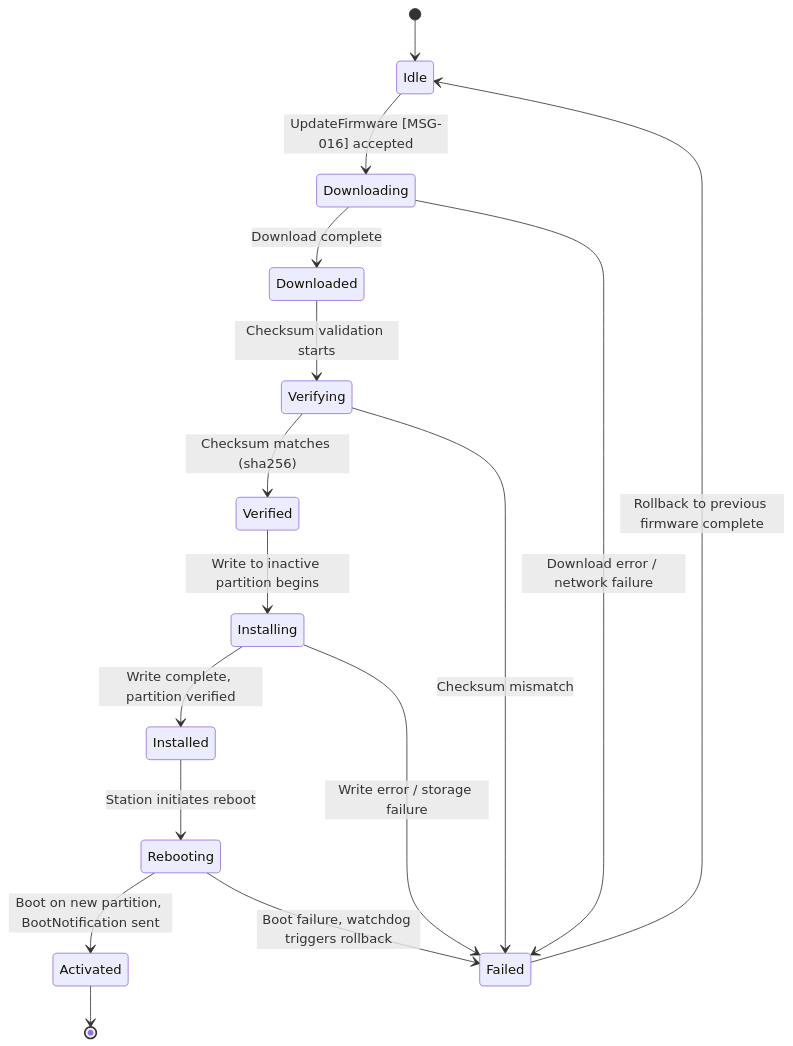
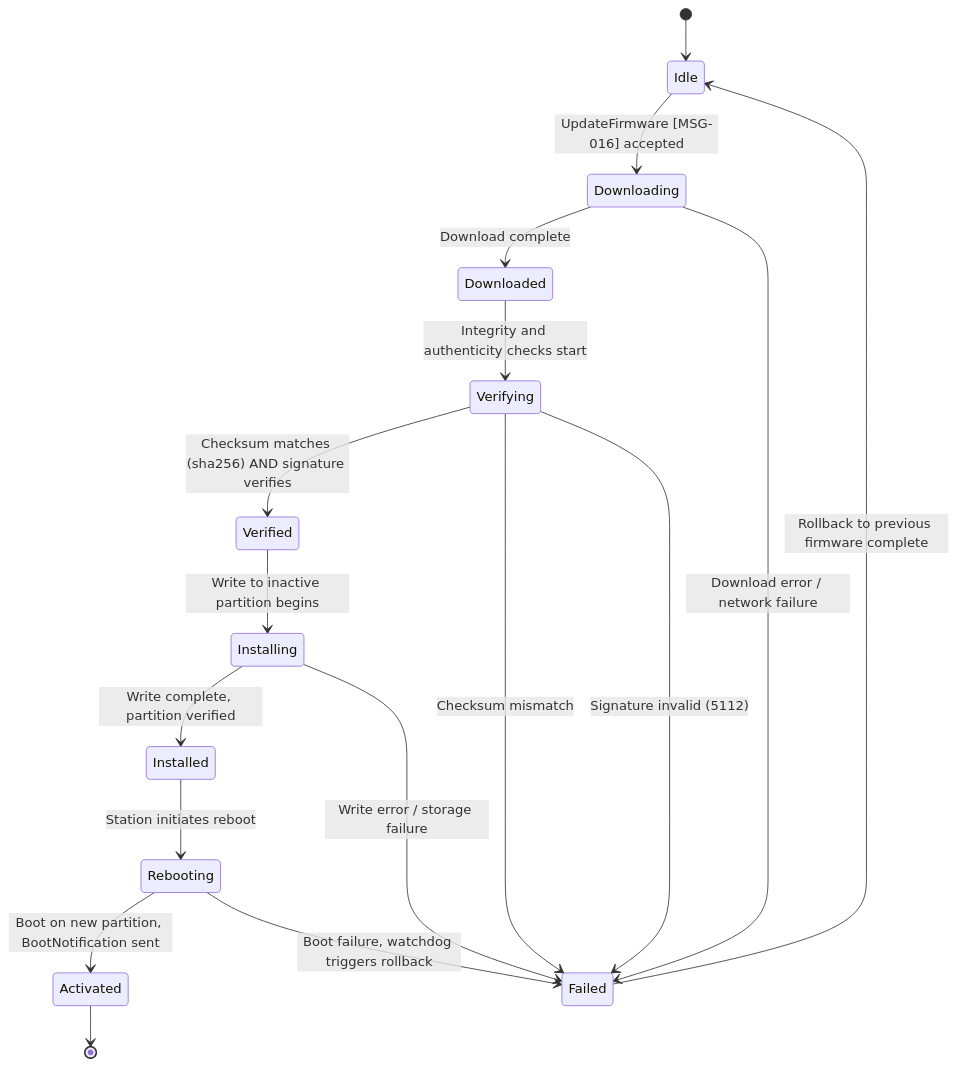
One commit to ospp-org/spec changed the sixth of 6 diagrams in spec/05-state-machines.md. Above: the diagram before and after it, drawn with Mermaid. The commit also changed other lines of this file and 2 other files, not shown here.

````diff
--- a/spec/05-state-machines.md
+++ b/spec/05-state-machines.md
@@ -607,25 +607,26 @@
 ```mermaid
 stateDiagram-v2
     [*] --> Idle
 
     Idle --> Downloading : UpdateFirmware [MSG-016] accepted
 
     Downloading --> Downloaded : Download complete
     Downloading --> Failed : Download error / network failure
 
-    Downloaded --> Verifying : Checksum validation starts
-    Verifying --> Verified : Checksum matches (sha256)
+    Downloaded --> Verifying : Integrity and authenticity checks start
+    Verifying --> Verified : Checksum matches (sha256) AND signature verifies
     Verifying --> Failed : Checksum mismatch
+    Verifying --> Failed : Signature invalid (5112)
 
     Verified --> Installing : Write to inactive partition begins
     Installing --> Installed : Write complete, partition verified
     Installing --> Failed : Write error / storage failure
 
     Installed --> Rebooting : Station initiates reboot
     Rebooting --> Activated : Boot on new partition, BootNotification sent
     Rebooting --> Failed : Boot failure, watchdog triggers rollback
 
     Failed --> Idle : Rollback to previous firmware complete
 
     Activated --> [*]
 ```
````
